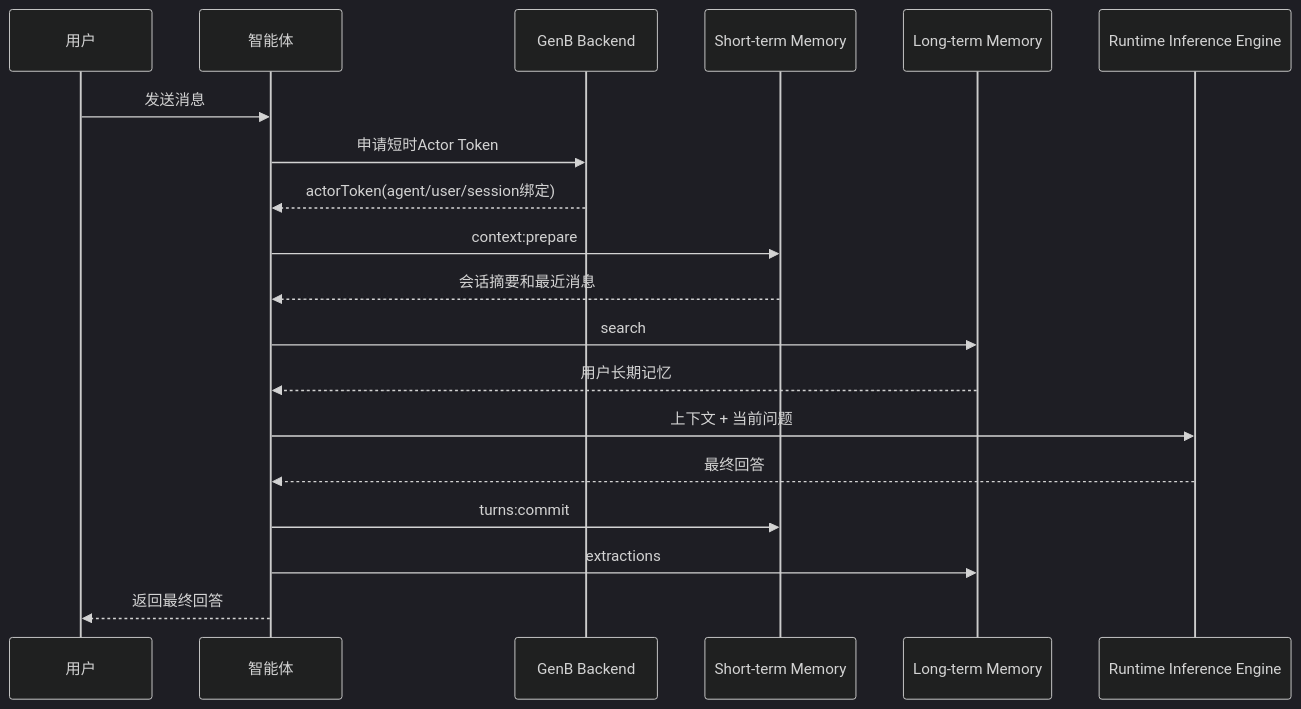
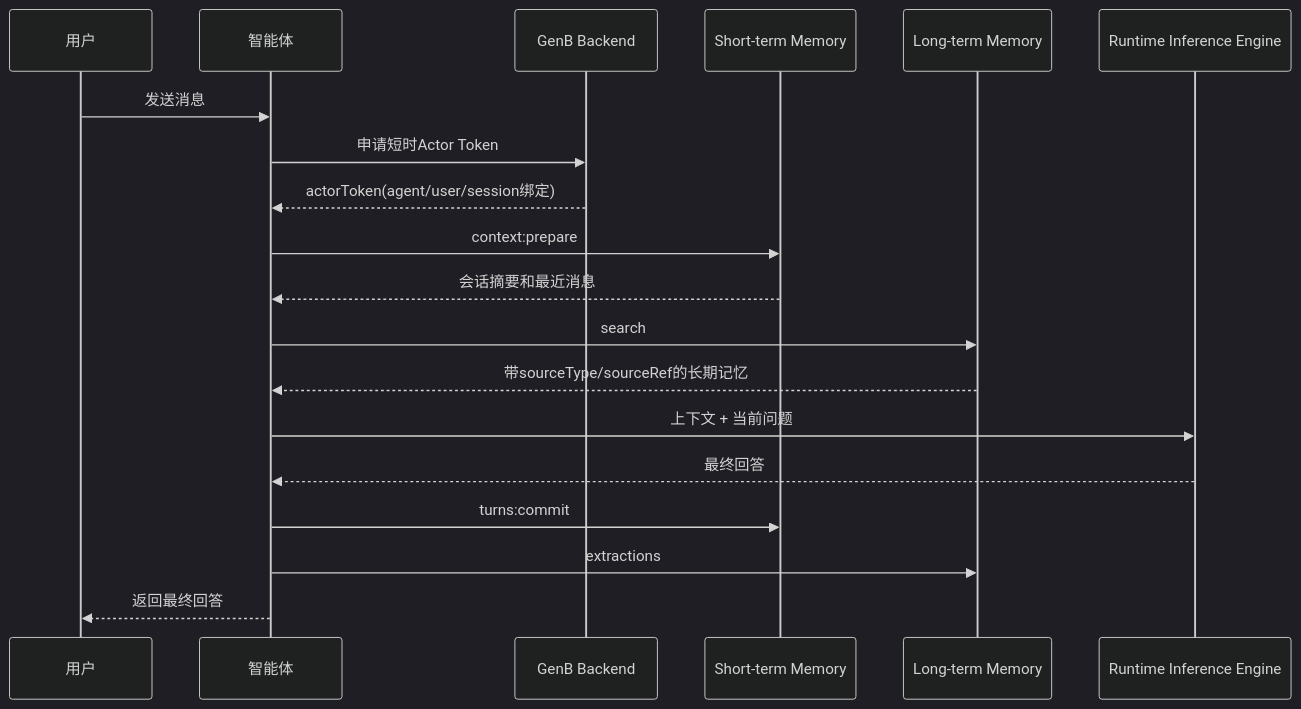
Before and after one commit to szharf/genb: the third of 4 diagrams in docs/development/CONTROL_SYSTEM_MEMORY_IMPLEMENTATION_GUIDE.md, drawn with Mermaid (dark theme). The commit also changed other lines of this file and 120 other files, not shown here.

````diff
--- a/docs/development/CONTROL_SYSTEM_MEMORY_IMPLEMENTATION_GUIDE.md
+++ b/docs/development/CONTROL_SYSTEM_MEMORY_IMPLEMENTATION_GUIDE.md
@@ -181,21 +181,21 @@
 ```mermaid
 sequenceDiagram
   participant U as 用户
   participant A as 智能体
   participant G as GenB Backend
   participant S as Short-term Memory
   participant L as Long-term Memory
   participant M as Runtime Inference Engine
   U->>A: 发送消息
   A->>G: 申请短时Actor Token
   G-->>A: actorToken(agent/user/session绑定)
   A->>S: context:prepare
   S-->>A: 会话摘要和最近消息
   A->>L: search
-  L-->>A: 用户长期记忆
+  L-->>A: 带sourceType/sourceRef的长期记忆
   A->>M: 上下文 + 当前问题
   M-->>A: 最终回答
   A->>S: turns:commit
   A->>L: extractions
   A-->>U: 返回最终回答
 ```
````
